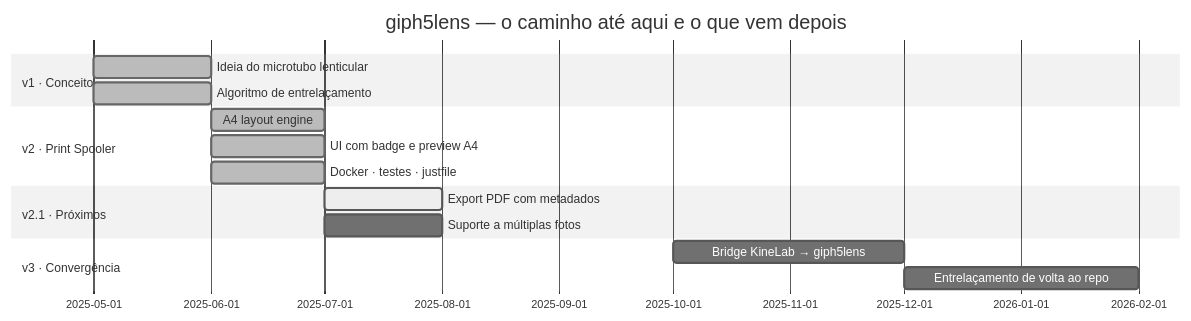
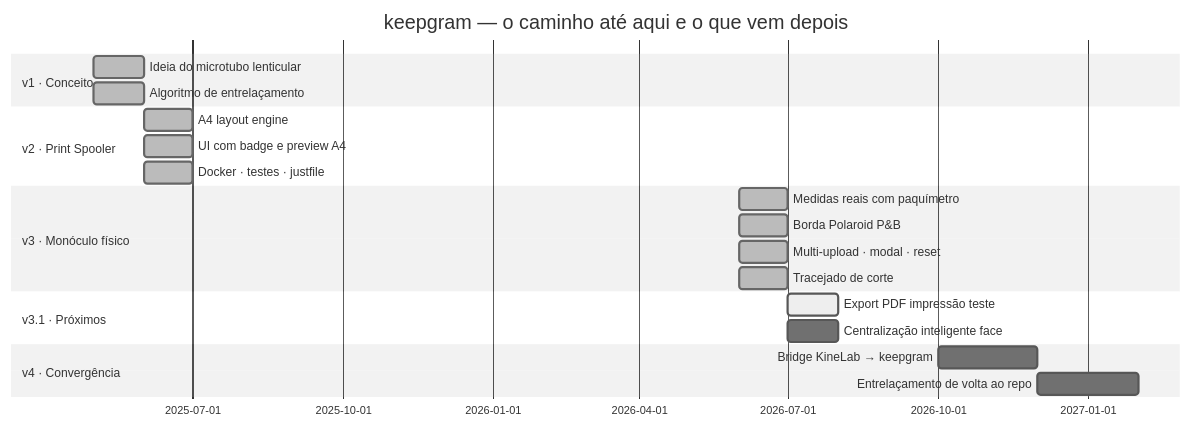
Before and after one commit to pizzirano/giph5lens: the fifth of 5 diagrams in README.md, drawn with Mermaid (neutral theme). The commit also changed other lines of this file, not shown here.

Commit message:
update v3 keepgram

````diff
--- a/README.md
+++ b/README.md
@@ -352,18 +386,23 @@
 ```mermaid
 gantt
     dateFormat  YYYY-MM
-    title giph5lens — o caminho até aqui e o que vem depois
+    title keepgram — o caminho até aqui e o que vem depois
     section v1 · Conceito
         Ideia do microtubo lenticular   :done,    2025-05, 1M
         Algoritmo de entrelaçamento     :done,    2025-05, 1M
     section v2 · Print Spooler
         A4 layout engine                :done,    2025-06, 1M
         UI com badge e preview A4       :done,    2025-06, 1M
         Docker · testes · justfile      :done,    2025-06, 1M
-    section v2.1 · Próximos
-        Export PDF com metadados        :active,  2025-07, 1M
-        Suporte a múltiplas fotos       :         2025-07, 1M
-    section v3 · Convergência
-        Bridge KineLab → giph5lens      :         2025-10, 2M
-        Entrelaçamento de volta ao repo :         2025-12, 2M
+    section v3 · Monóculo físico
+        Medidas reais com paquímetro    :done,    2026-06, 1M
+        Borda Polaroid P&B              :done,    2026-06, 1M
+        Multi-upload · modal · reset    :done,    2026-06, 1M
+        Tracejado de corte              :done,    2026-06, 1M
+    section v3.1 · Próximos
+        Export PDF impressão teste      :active,  2026-07, 1M
+        Centralização inteligente face  :         2026-07, 1M
+    section v4 · Convergência
+        Bridge KineLab → keepgram       :         2026-10, 2M
+        Entrelaçamento de volta ao repo :         2026-12, 2M
 ```
````
